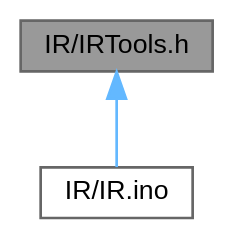
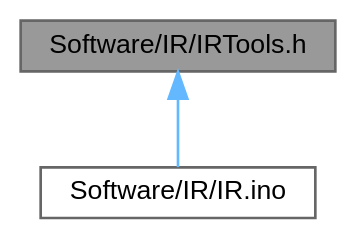
One commit to Jonathan-0101/skeletonKey changed the diagram in IR_2IRTools_8h__dep__incl.dot. Above: the diagram before and after it, drawn with Graphviz. The commit also changed 57 other files, not shown here.

```diff
--- a/IR_2IRTools_8h__dep__incl.dot
+++ b/IR_2IRTools_8h__dep__incl.dot
@@ -1,10 +1,10 @@
-digraph "IR/IRTools.h"
+digraph "Software/IR/IRTools.h"
 {
  // LATEX_PDF_SIZE
   bgcolor="transparent";
   edge [fontname=Helvetica,fontsize=10,labelfontname=Helvetica,labelfontsize=10];
   node [fontname=Helvetica,fontsize=10,shape=box,height=0.2,width=0.4];
-  Node1 [id="Node000001",label="IR/IRTools.h",height=0.2,width=0.4,color="gray40", fillcolor="grey60", style="filled", fontcolor="black",tooltip="Library for IR attack tools."];
+  Node1 [id="Node000001",label="Software/IR/IRTools.h",height=0.2,width=0.4,color="gray40", fillcolor="grey60", style="filled", fontcolor="black",tooltip="Library for IR attack tools."];
   Node1 -> Node2 [id="edge1_Node000001_Node000002",dir="back",color="steelblue1",style="solid",tooltip=" "];
-  Node2 [id="Node000002",label="IR/IR.ino",height=0.2,width=0.4,color="grey40", fillcolor="white", style="filled",URL="$IR_8ino.html",tooltip="Test program for IR attack tools."];
+  Node2 [id="Node000002",label="Software/IR/IR.ino",height=0.2,width=0.4,color="grey40", fillcolor="white", style="filled",URL="$IR_8ino.html",tooltip="Test program for IR attack tools."];
 }
```
